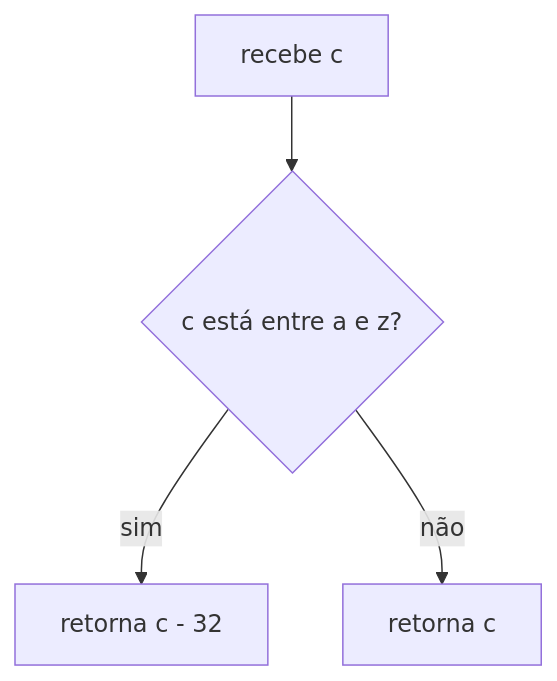
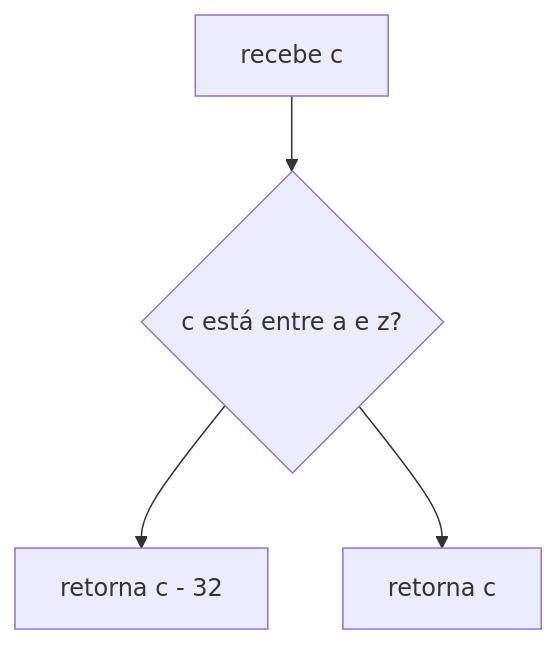
One commit to ahy-git/docs changed diagram 13 of 43 in 1-libft/Readme.md. Above: the diagram before and after it, drawn with Mermaid. The commit also changed other lines of this file, not shown here.

````diff
--- a/1-libft/Readme.md
+++ b/1-libft/Readme.md
@@ -1194,6 +1194,6 @@
 ```mermaid
 flowchart TD
 	A["recebe c"] --> B{"c está entre a e z?"}
-	B -- sim --> C["retorna c - 32"]
-	B -- não --> D["retorna c"]
+	B --> C["retorna c - 32"]
+	B --> D["retorna c"]
 ```
````
